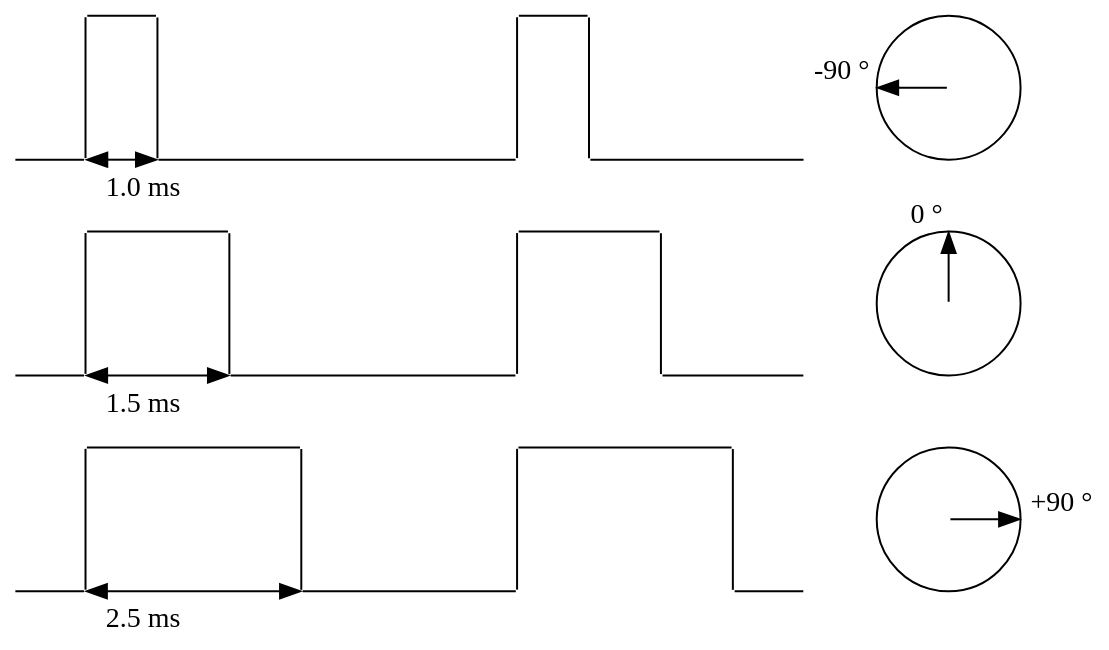
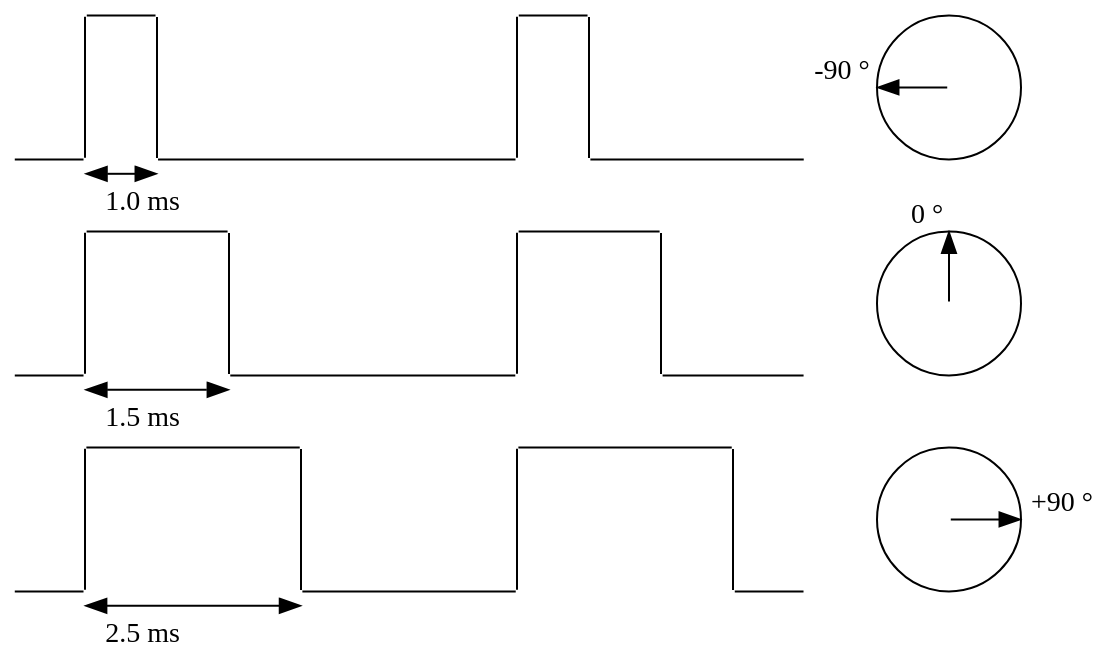
One commit to Fabien-Chouteau/talks changed the diagram in diagrams/servo_pulses.dot. Above: the diagram before and after it, drawn with Graphviz. The commit also changed 27 other files, not shown here.

```diff
--- a/diagrams/servo_pulses.dot
+++ b/diagrams/servo_pulses.dot
@@ -1,115 +1,121 @@
 digraph {
     bgcolor=transparent
     layout=neato
     // A -> Max pulse
     // B -> Nutral pulse
     // C -> Min pulse
 
 
     //  The signals modes
     node [label="", shape=plaintext, width=0.001, height=0.001, style=""];
 
-    A0 [pos="-0.5,0!"]
-    A1 [pos="0,0!"]
-    A2 [pos="0,1!"]
-    A3 [pos="1.5,1!"]
-    A4 [pos="1.5,0!"]
-    A5 [pos="3,0!"]
-    A6 [pos="3,1!"]
-    A7 [pos="4.5,1!"]
-    A8 [pos="4.5,0!"]
-    A9 [pos="5,0!"]
+    A0  [pos="-0.5,0!"]
+    A1  [pos="0,0!"]
+    A1H [pos="0,-0.1!"]
+    A2  [pos="0,1!"]
+    A3  [pos="1.5,1!"]
+    A4  [pos="1.5,0!"]
+    A4H [pos="1.5,-0.1!"]
+    A5  [pos="3,0!"]
+    A6  [pos="3,1!"]
+    A7  [pos="4.5,1!"]
+    A8  [pos="4.5,0!"]
+    A9  [pos="5,0!"]
 
-    B0 [pos="-0.5,1.5!"]
-    B1 [pos="0,1.5!"]
-    B2 [pos="0,2.5!"]
-    B3 [pos="1,2.5!"]
-    B4 [pos="1,1.5!"]
-    B5 [pos="3,1.5!"]
-    B6 [pos="3,2.5!"]
-    B7 [pos="4,2.5!"]
-    B8 [pos="4,1.5!"]
-    B9 [pos="5,1.5!"]
+    B0  [pos="-0.5,1.5!"]
+    B1  [pos="0,1.5!"]
+    B1H [pos="0,1.4!"]
+    B2  [pos="0,2.5!"]
+    B3  [pos="1,2.5!"]
+    B4  [pos="1,1.5!"]
+    B4H [pos="1,1.4!"]
+    B5  [pos="3,1.5!"]
+    B6  [pos="3,2.5!"]
+    B7  [pos="4,2.5!"]
+    B8  [pos="4,1.5!"]
+    B9  [pos="5,1.5!"]
 
-    C0 [pos="-0.5,3!"]
-    C1 [pos="0,3!"]
-    C2 [pos="0,4!"]
-    C3 [pos="0.5,4!"]
-    C4 [pos="0.5,3!"]
-    C5 [pos="3,3!"]
-    C6 [pos="3,4!"]
-    C7 [pos="3.5,4!"]
-    C8 [pos="3.5,3!"]
-    C9 [pos="5,3!"]
+    C0  [pos="-0.5,3!"]
+    C1  [pos="0,3!"]
+    C1H [pos="0,2.9!"]
+    C2  [pos="0,4!"]
+    C3  [pos="0.5,4!"]
+    C4  [pos="0.5,3!"]
+    C4H [pos="0.5,2.9!"]
+    C5  [pos="3,3!"]
+    C6  [pos="3,4!"]
+    C7  [pos="3.5,4!"]
+    C8  [pos="3.5,3!"]
+    C9  [pos="5,3!"]
 
-    // Cropping workaround. Some of the texts and lines are cropped, so I ass
+    // Cropping workaround. Some of the texts and lines are cropped, so I add
     // two hidden node that will expend the corners of the drawing.
     Hidden1 [pos="7.5,0!"]
     Hidden2 [pos="0,5!"]
 
     // Signal lenght labels
-    A_lab [label="2.5 ms", pos="0.4,-0.2!"]
-    B_lab [label="1.5 ms", pos="0.4,1.3!"]
-    C_lab [label="1.0 ms", pos="0.4,2.8!"]
+    A_lab [label="2.5 ms", pos="0.4,-0.3!"]
+    B_lab [label="1.5 ms", pos="0.4,1.2!"]
+    C_lab [label="1.0 ms", pos="0.4,2.7!"]
 
     //  The circles points
     node [label="", shape=plaintext, width=0.001, height=0.001, style=""];
 
     A_Center [pos="6,0.5!"]
     B_Center [pos="6,2!"]
     C_Center [pos="6,3.5!"]
 
     A_End [pos="6.5,0.5!", xlabel="+90 &deg;"] // +90 degrees
     B_End [pos="6,2.5!",   xlabel="0 &deg;"]   //   0 degrees
     C_End [pos="5.5,3.5!", xlabel="-90 &deg;"] // -90 degrees
 
     // The circles
     node [label="", shape=circle, width=1, height=1, style=""];
     A_Circle [pos="6,0.5!"]
     B_Circle [pos="6,2!"]
     C_Circle [pos="6,3.5!"]
 
     // The circles arrows
     edge [color=black]
     A_Center -> A_End
     B_Center -> B_End
     C_Center -> C_End
 
     // The signals arrows
     edge [color=black, dir=both, labelfloat=true]
-    A1 -> A4
-    B1 -> B4
-    C1 -> C4
+    A1H -> A4H
+    B1H -> B4H
+    C1H -> C4H
 
     // The signals lines
     edge [color=black, dir=none]
     A0 -> A1
     A1 -> A2
     A2 -> A3
     A3 -> A4
     A4 -> A5
     A5 -> A6
     A6 -> A7
     A7 -> A8
     A8 -> A9
 
     B0 -> B1
     B1 -> B2
     B2 -> B3
     B3 -> B4
     B4 -> B5
     B5 -> B6
     B6 -> B7
     B7 -> B8
     B8 -> B9
 
     C0 -> C1
     C1 -> C2
     C2 -> C3
     C3 -> C4
     C4 -> C5
     C5 -> C6
     C6 -> C7
     C7 -> C8
     C8 -> C9
 }
```
